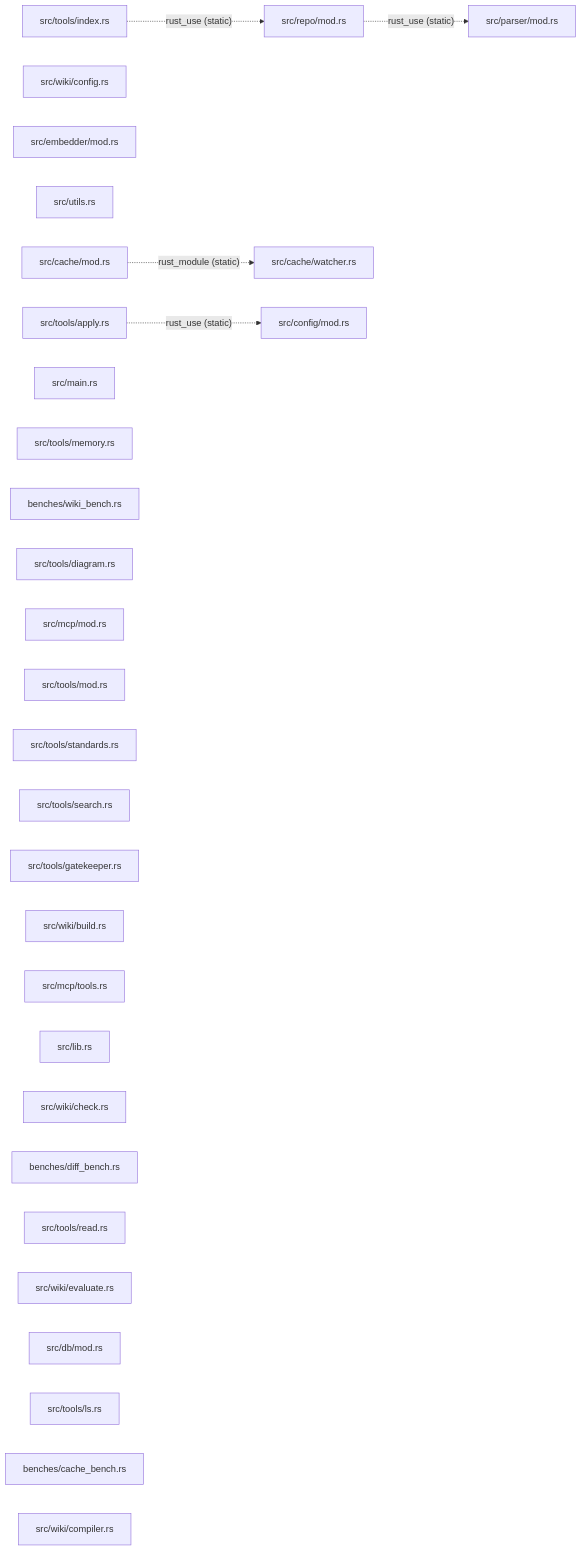
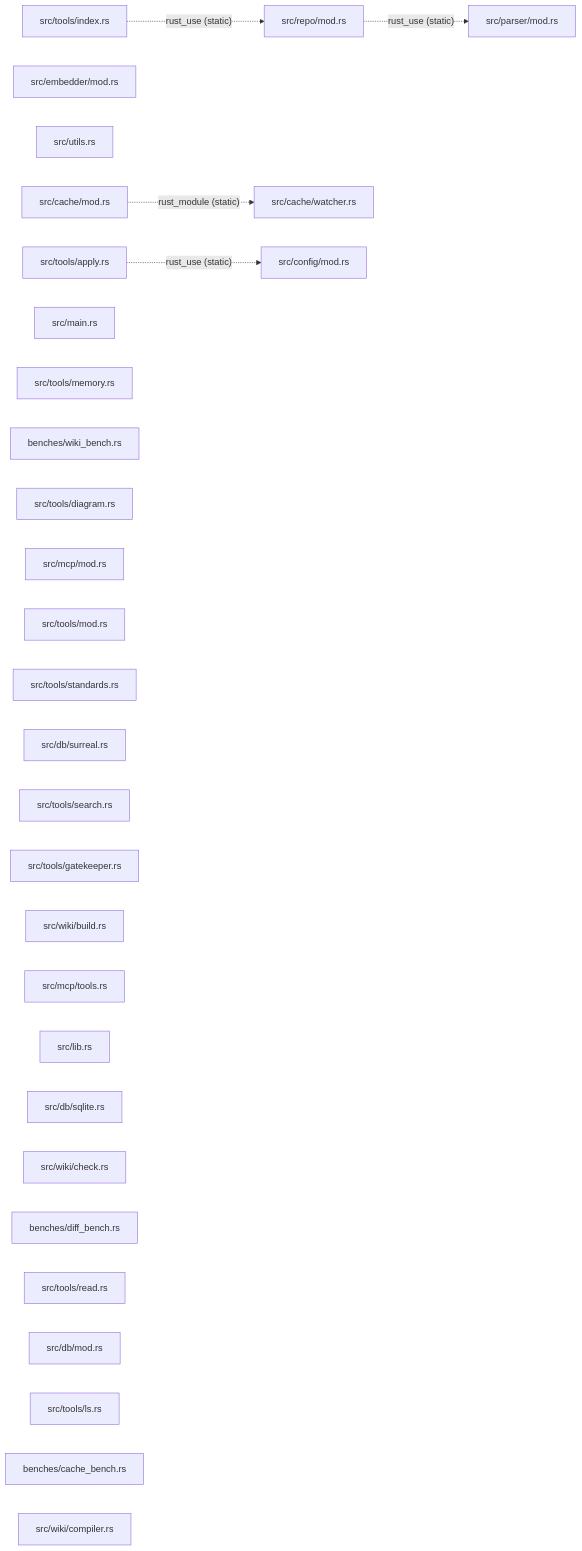
One commit to NMA-vc/klaar changed the third of 4 diagrams in .klaar/wiki/technical/architecture.md. Above: the diagram before and after it, drawn with Mermaid. The commit also changed other lines of this file and 44 other files, not shown here.

````diff
--- a/.klaar/wiki/technical/architecture.md
+++ b/.klaar/wiki/technical/architecture.md
@@ -113,37 +113,37 @@
 ```mermaid
 flowchart LR
-  f14["src/tools/apply.rs"]
-  f28["src/wiki/config.rs"]
-  f7["src/embedder/mod.rs"]
-  f24["src/utils.rs"]
-  f13["src/repo/mod.rs"]
+  f16["src/tools/apply.rs"]
+  f9["src/embedder/mod.rs"]
+  f26["src/utils.rs"]
+  f15["src/repo/mod.rs"]
   f3["src/cache/mod.rs"]
-  f17["src/tools/index.rs"]
-  f9["src/main.rs"]
-  f19["src/tools/memory.rs"]
+  f19["src/tools/index.rs"]
+  f11["src/main.rs"]
+  f21["src/tools/memory.rs"]
   f2["benches/wiki_bench.rs"]
-  f15["src/tools/diagram.rs"]
-  f10["src/mcp/mod.rs"]
-  f20["src/tools/mod.rs"]
-  f23["src/tools/standards.rs"]
-  f22["src/tools/search.rs"]
-  f16["src/tools/gatekeeper.rs"]
-  f25["src/wiki/build.rs"]
-  f11["src/mcp/tools.rs"]
+  f17["src/tools/diagram.rs"]
+  f12["src/mcp/mod.rs"]
+  f22["src/tools/mod.rs"]
+  f25["src/tools/standards.rs"]
+  f8["src/db/surreal.rs"]
+  f24["src/tools/search.rs"]
+  f18["src/tools/gatekeeper.rs"]
+  f27["src/wiki/build.rs"]
+  f13["src/mcp/tools.rs"]
   f4["src/cache/watcher.rs"]
   f5["src/config/mod.rs"]
-  f8["src/lib.rs"]
-  f26["src/wiki/check.rs"]
+  f10["src/lib.rs"]
+  f7["src/db/sqlite.rs"]
+  f28["src/wiki/check.rs"]
   f1["benches/diff_bench.rs"]
-  f21["src/tools/read.rs"]
-  f29["src/wiki/evaluate.rs"]
+  f23["src/tools/read.rs"]
   f6["src/db/mod.rs"]
-  f18["src/tools/ls.rs"]
+  f20["src/tools/ls.rs"]
   f0["benches/cache_bench.rs"]
-  f27["src/wiki/compiler.rs"]
-  f12["src/parser/mod.rs"]
-  f14 -. "rust_use (static)" .-> f5
-  f13 -. "rust_use (static)" .-> f12
+  f29["src/wiki/compiler.rs"]
+  f14["src/parser/mod.rs"]
+  f16 -. "rust_use (static)" .-> f5
+  f15 -. "rust_use (static)" .-> f14
   f3 -. "rust_module (static)" .-> f4
-  f17 -. "rust_use (static)" .-> f13
+  f19 -. "rust_use (static)" .-> f15
 ```
````
